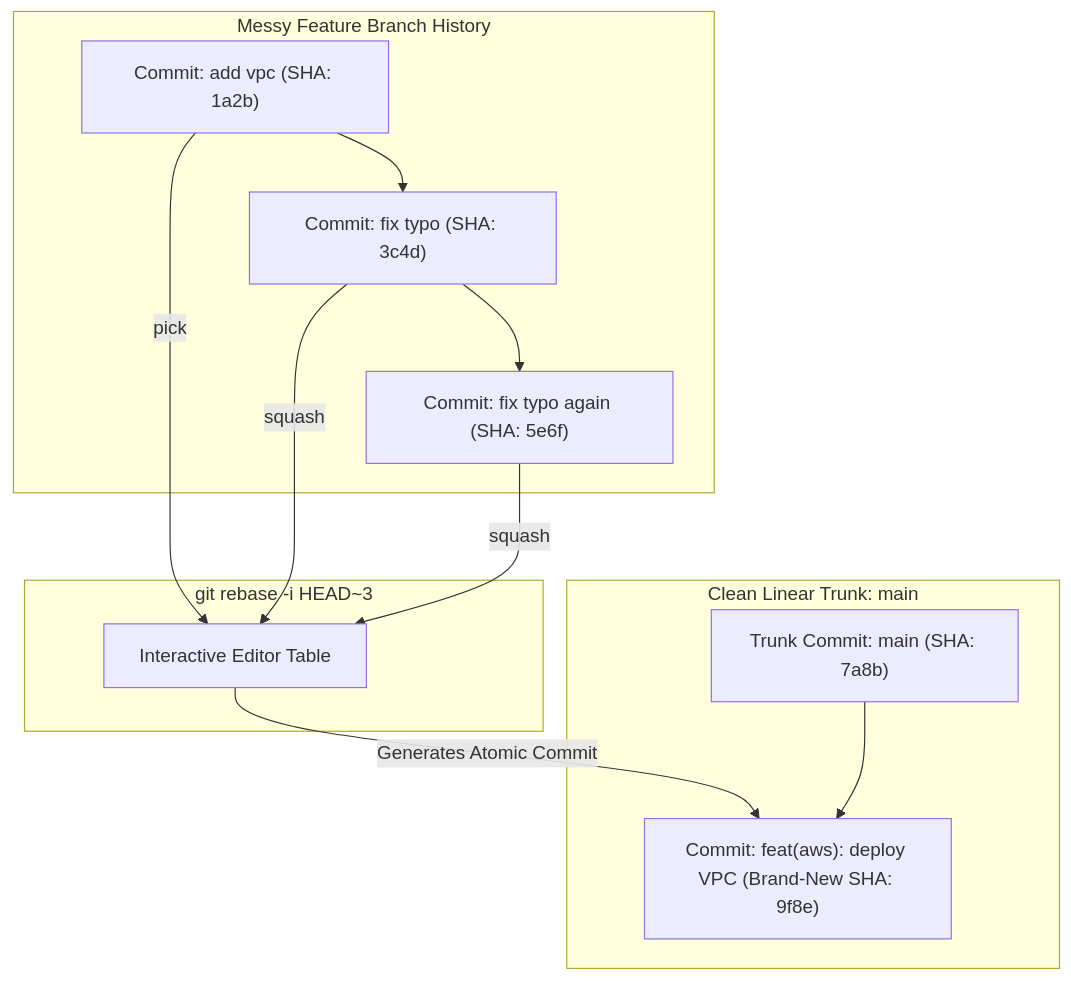
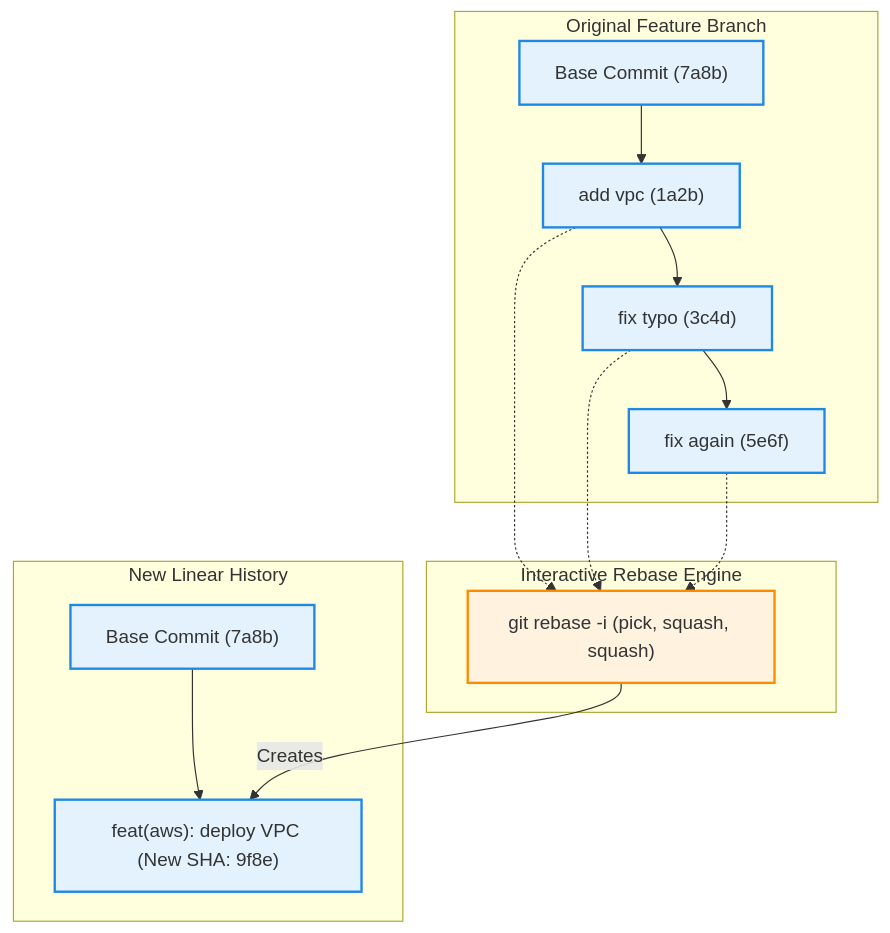
Before and after one commit to aloysiuspattath/platform-engineering-ai-course: the diagram in courses/platform-engineering/modules/module-05/lesson-03.md, drawn with Mermaid. The commit also changed 114 other files, not shown here.

Commit message:
refactor: massive swarm diagram review enforcing architectural layers and strict color palette

````diff
--- a/courses/platform-engineering/modules/module-05/lesson-03.md
+++ b/courses/platform-engineering/modules/module-05/lesson-03.md
@@ -99,18 +99,24 @@
 ```mermaid
 flowchart TD
-    subgraph MessyFeature [Messy Feature Branch History]
-        C1["Commit: add vpc (SHA: 1a2b)"] --> C2["Commit: fix typo (SHA: 3c4d)"]
-        C2 --> C3["Commit: fix typo again (SHA: 5e6f)"]
+    classDef commit fill:#e3f2fd,stroke:#1e88e5,stroke-width:2px;
+    classDef action fill:#fff3e0,stroke:#fb8c00,stroke-width:2px;
+
+    subgraph Feature [Original Feature Branch]
+        BASE["Base Commit (7a8b)"]:::commit --> C1["add vpc (1a2b)"]:::commit
+        C1 --> C2["fix typo (3c4d)"]:::commit
+        C2 --> C3["fix again (5e6f)"]:::commit
     end
 
-    subgraph InteractiveRebase [git rebase -i HEAD~3]
-        C1 -->|pick| EDIT["Interactive Editor Table"]
-        C2 -->|squash| EDIT
-        C3 -->|squash| EDIT
+    subgraph Rebase [Interactive Rebase Engine]
+        REBASE["git rebase -i (pick, squash, squash)"]:::action
     end
 
-    subgraph CleanTrunk [Clean Linear Trunk: main]
-        EDIT -->|Generates Atomic Commit| ATOMIC["Commit: feat(aws): deploy VPC (Brand-New SHA: 9f8e)"]
-        BASE["Trunk Commit: main (SHA: 7a8b)"] --> ATOMIC
+    subgraph Linear [New Linear History]
+        BASE2["Base Commit (7a8b)"]:::commit --> ATOMIC["feat(aws): deploy VPC (New SHA: 9f8e)"]:::commit
     end
+
+    C1 -.-> REBASE
+    C2 -.-> REBASE
+    C3 -.-> REBASE
+    REBASE -->|Creates| ATOMIC
 ```
````
